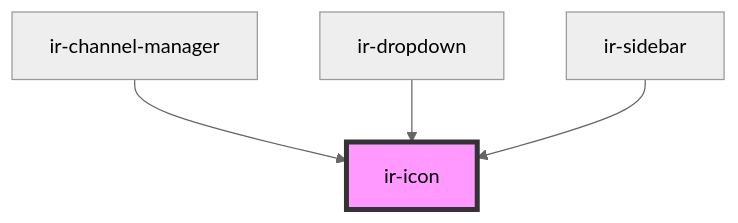
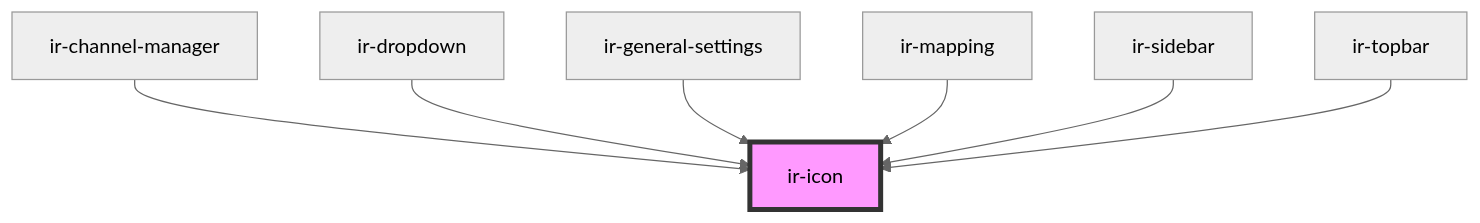
The diagram in src/components/ir-icon/readme.md (freddynasr/ir-webcmp), drawn with Mermaid (neutral theme) before and after one commit. The commit also changed other lines of this file and 13 other files, not shown here.

````diff
--- a/src/components/ir-icon/readme.md
+++ b/src/components/ir-icon/readme.md
@@ -24,7 +27,10 @@
 ```mermaid
 graph TD;
   ir-channel-manager --> ir-icon
   ir-dropdown --> ir-icon
+  ir-general-settings --> ir-icon
+  ir-mapping --> ir-icon
   ir-sidebar --> ir-icon
+  ir-topbar --> ir-icon
   style ir-icon fill:#f9f,stroke:#333,stroke-width:4px
 ```
````
